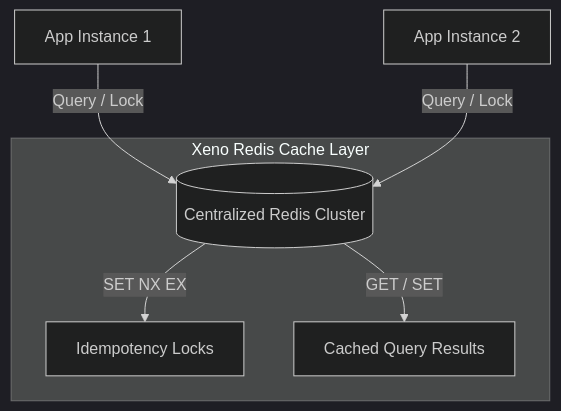
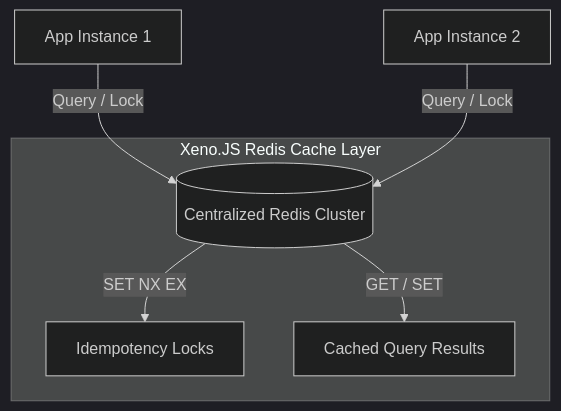
The diagram in src/content/docs/docs/core/cache/redis.md (xeno-js/xeno-website), drawn with Mermaid (dark theme) before and after one commit. The commit also changed other lines of this file and 89 other files, not shown here.

````diff
--- a/src/content/docs/docs/core/cache/redis.md
+++ b/src/content/docs/docs/core/cache/redis.md
@@ -51,11 +51,11 @@
 ```mermaid
 graph TD
     A[App Instance 1] -->|Query / Lock| C[(Centralized Redis Cluster)]
     B[App Instance 2] -->|Query / Lock| C
 
-    subgraph Xeno Redis Cache Layer
+    subgraph Xeno.JS Redis Cache Layer
         C -->|SET NX EX| D[Idempotency Locks]
         C -->|GET / SET| E[Cached Query Results]
     end
 
 ```
````
